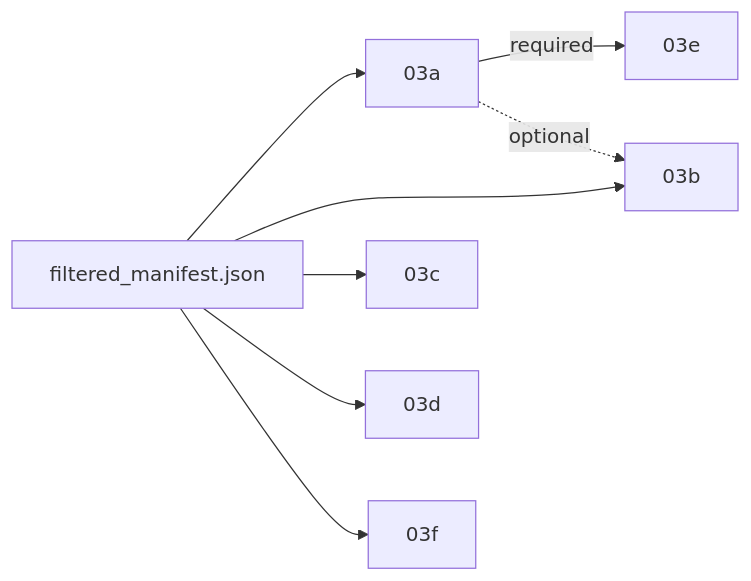
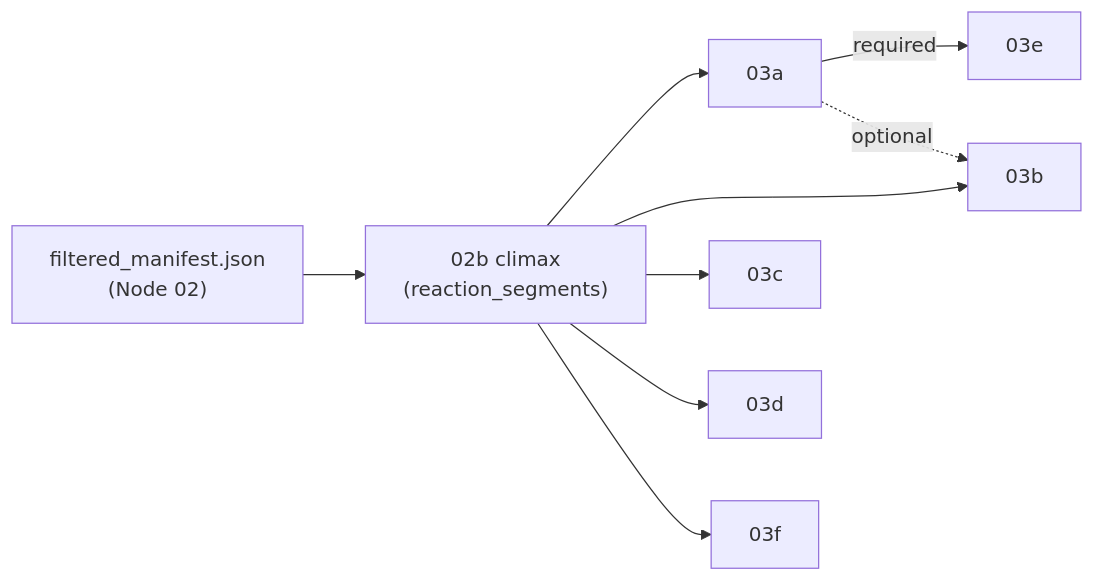
The diagram in docs/03_social_layer_architecture.md (yelouis/social_robotics), drawn with Mermaid before and after one commit. The commit also changed other lines of this file and 14 other files, not shown here.

````diff
--- a/docs/03_social_layer_architecture.md
+++ b/docs/03_social_layer_architecture.md
@@ -49,10 +52,11 @@
 ```mermaid
 graph LR
-    M["filtered_manifest.json"] --> 03a
-    M --> 03b
-    M --> 03c
-    M --> 03d
-    M --> 03f
+    M["filtered_manifest.json<br/>(Node 02)"] --> L02b["02b climax<br/>(reaction_segments)"]
+    L02b --> 03a
+    L02b --> 03b
+    L02b --> 03c
+    L02b --> 03d
+    L02b --> 03f
     03a -->|required| 03e
     03a -.->|optional| 03b
 ```
````
